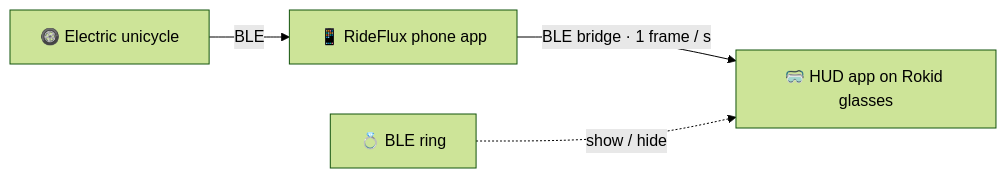
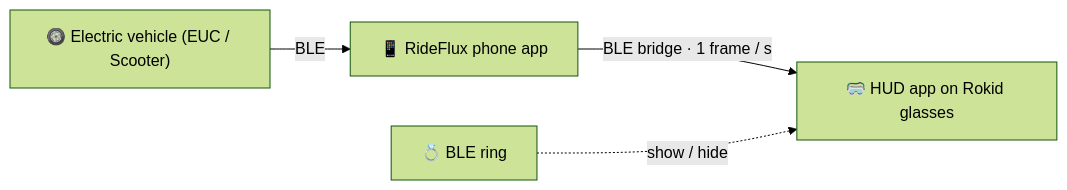
The diagram in README.md (zero2005x/RideFlux), drawn with Mermaid (forest theme) before and after one commit. The commit also changed other lines of this file and 4 other files, not shown here.

Commit message:
docs: Comprehensive PLEV Architecture White Paper, updated PROTOCOLS & README

````diff
--- a/README.md
+++ b/README.md
@@ -54,6 +54,6 @@
 ```mermaid
 flowchart LR
-    W["🛞 Electric unicycle"] -- "BLE" --> P["📱 RideFlux phone app"]
+    W["🛞 Electric vehicle (EUC / Scooter)"] -- "BLE" --> P["📱 RideFlux phone app"]
     P -- "BLE bridge · 1 frame / s" --> G["🥽 HUD app on Rokid glasses"]
     R["💍 BLE ring"] -. "show / hide" .-> G
 ```
````
